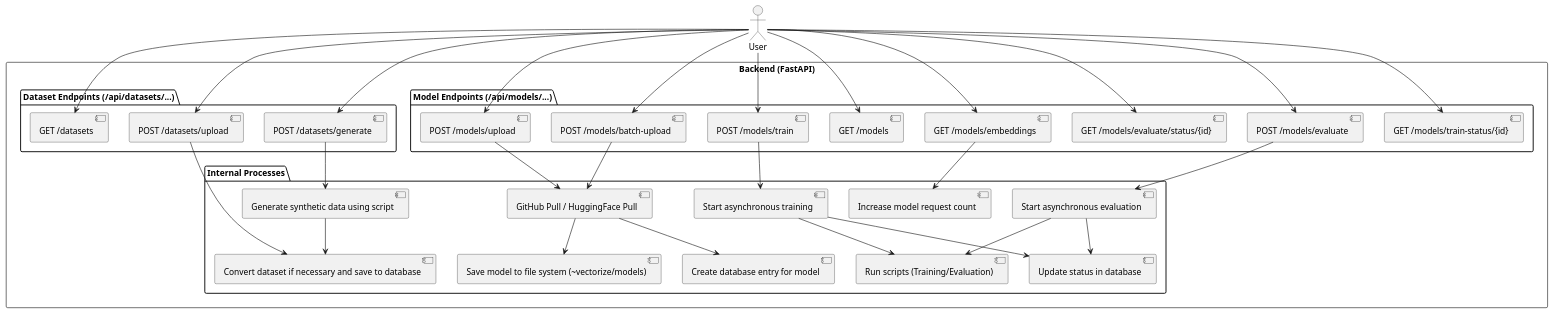
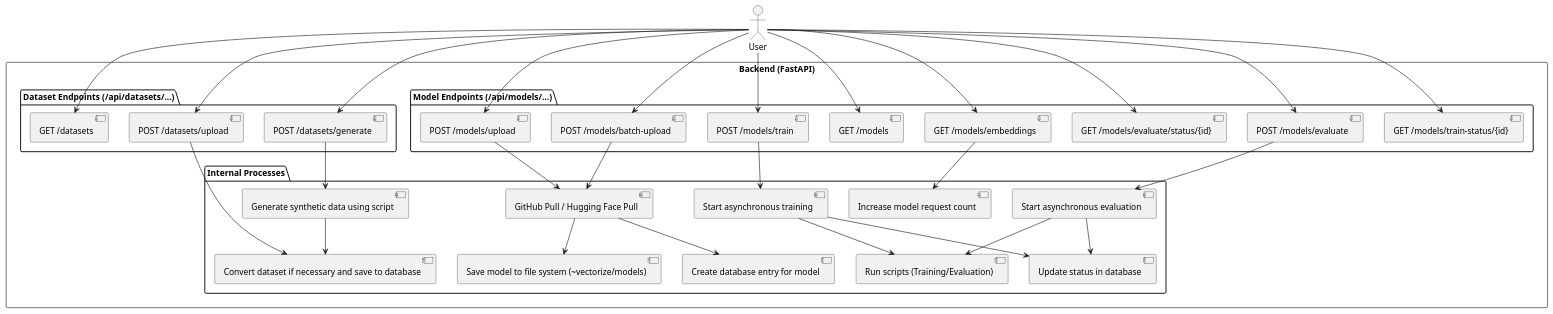
Before and after one commit to Yukasama/vectorize: the diagram in docs/api-endpoints.plantuml, drawn with PlantUML. The commit also changed 7 other files, not shown here.

Commit message:
chore: rename all instances of HuggingFace to Hugging Face

```diff
--- a/docs/api-endpoints.plantuml
+++ b/docs/api-endpoints.plantuml
@@ -1,79 +1,79 @@
 @startuml endpoint-diagram
 actor User
 
 rectangle "Backend (FastAPI)" {
   ' --- MODEL ENDPOINTS ---
   package "Model Endpoints (/api/models/...)" {
     [GET /models/embeddings]
     [GET /models]
 
     [POST /models/upload]
     [POST /models/batch-upload]
     [POST /models/train]
     [GET /models/train-status/{id}]
     
     [POST /models/evaluate]
     [GET /models/evaluate/status/{id}]
   }
 
   ' --- DATASET ENDPOINTS ---
   package "Dataset Endpoints (/api/datasets/...)" {
     [GET /datasets]
     [POST /datasets/upload]
     [POST /datasets/generate]
   }
   
   ' --- INTERNAL PROCESSES ---
   package "Internal Processes" {
-    [GitHub Pull / HuggingFace Pull]
+    [GitHub Pull / Hugging Face Pull]
     [Save model to file system (~vectorize/models)]
     [Create database entry for model]
     
     [Start asynchronous training]
     [Start asynchronous evaluation]
     [Generate synthetic data using script]
     [Convert dataset if necessary and save to database]
     
     [Run scripts (Training/Evaluation)]
     [Update status in database]
     [Increase model request count]
   }
 }
 
 ' Upload processes (models)
-[POST /models/upload] --> [GitHub Pull / HuggingFace Pull]
-[POST /models/batch-upload] --> [GitHub Pull / HuggingFace Pull]
-[GitHub Pull / HuggingFace Pull] --> [Save model to file system (~vectorize/models)]
-[GitHub Pull / HuggingFace Pull] --> [Create database entry for model]
+[POST /models/upload] --> [GitHub Pull / Hugging Face Pull]
+[POST /models/batch-upload] --> [GitHub Pull / Hugging Face Pull]
+[GitHub Pull / Hugging Face Pull] --> [Save model to file system (~vectorize/models)]
+[GitHub Pull / Hugging Face Pull] --> [Create database entry for model]
 
 ' Dataset processes
 [POST /datasets/generate] --> [Generate synthetic data using script]
 [Generate synthetic data using script] --> [Convert dataset if necessary and save to database]
 [POST /datasets/upload] --> [Convert dataset if necessary and save to database]
 
 ' Training processes
 [POST /models/train] --> [Start asynchronous training]
 [Start asynchronous training] --> [Run scripts (Training/Evaluation)]
 [Start asynchronous training] --> [Update status in database]
 
 ' Evaluation processes
 [POST /models/evaluate] --> [Start asynchronous evaluation]
 [Start asynchronous evaluation] --> [Run scripts (Training/Evaluation)]
 [Start asynchronous evaluation] --> [Update status in database]
 
 ' Model usage tracking
 [GET /models/embeddings] --> [Increase model request count]
 
 ' User API flows
 User --> [GET /models/embeddings]
 User --> [GET /models]
 User --> [POST /models/upload]
 User --> [POST /models/batch-upload]
 User --> [POST /models/train]
 User --> [GET /models/train-status/{id}]
 User --> [POST /models/evaluate]
 User --> [GET /models/evaluate/status/{id}]
 User --> [GET /datasets]
 User --> [POST /datasets/upload]
 User --> [POST /datasets/generate]
 @enduml
```
